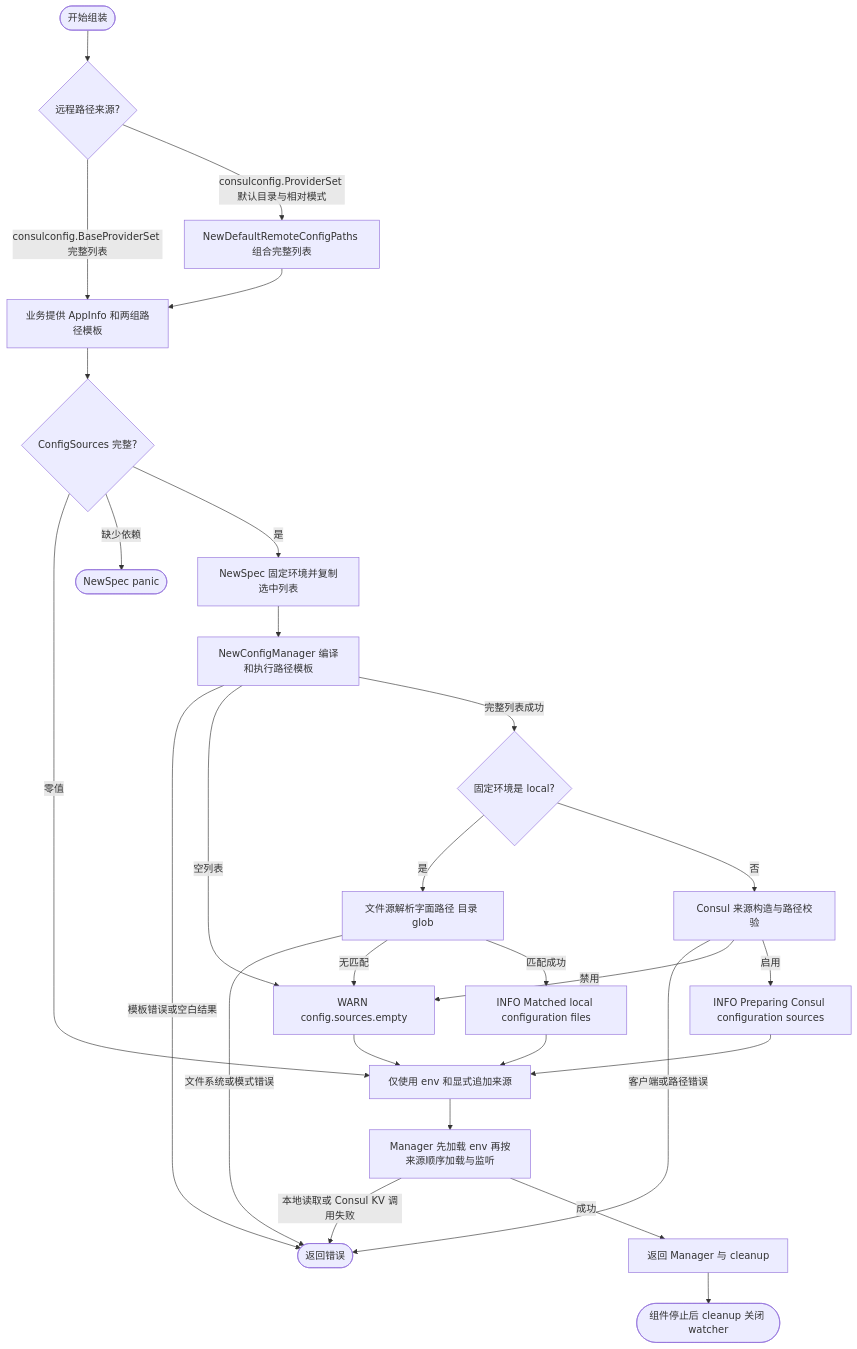
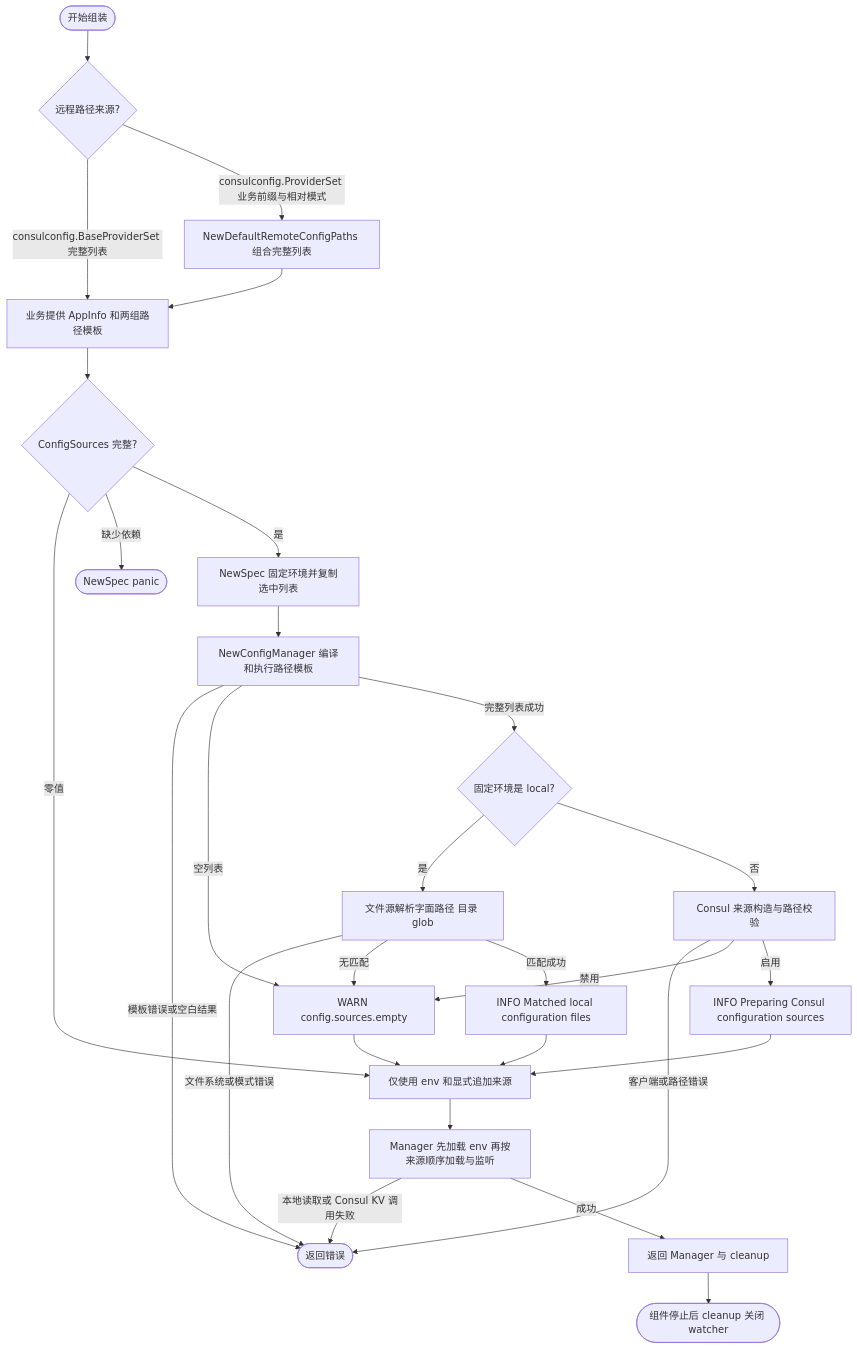
Before and after one commit to jaggerzhuang1994/kratos-foundation: the diagram in contrib/bootstrap/consulconfig/README.md, drawn with Mermaid. The commit also changed other lines of this file and 8 other files, not shown here.

Commit message:
refactor(consulconfig): require business config prefixes and paths

````diff
--- a/contrib/bootstrap/consulconfig/README.md
+++ b/contrib/bootstrap/consulconfig/README.md
@@ -118,28 +122,28 @@
 ```mermaid
 flowchart TD
     A([开始组装]) --> A1{远程路径来源?}
     A1 -- consulconfig.BaseProviderSet 完整列表 --> B[业务提供 AppInfo 和两组路径模板]
-    A1 -- consulconfig.ProviderSet 默认目录与相对模式 --> A2[NewDefaultRemoteConfigPaths 组合完整列表]
+    A1 -- consulconfig.ProviderSet 业务前缀与相对模式 --> A2[NewDefaultRemoteConfigPaths 组合完整列表]
     A2 --> B
     B --> C{ConfigSources 完整?}
     C -- 零值 --> E[仅使用 env 和显式追加来源]
     C -- 缺少依赖 --> P([NewSpec panic])
     C -- 是 --> D[NewSpec 固定环境并复制选中列表]
     D --> F[NewConfigManager 编译和执行路径模板]
     F -- 模板错误或空白结果 --> X([返回错误])
     F -- 空列表 --> W[WARN config.sources.empty]
     F -- 完整列表成功 --> G{固定环境是 local?}
     G -- 是 --> H[文件源解析字面路径 目录 glob]
     G -- 否 --> I[Consul 来源构造与路径校验]
     H -- 文件系统或模式错误 --> X
     H -- 无匹配 --> W
     H -- 匹配成功 --> HL[INFO Matched local configuration files]
     I -- 客户端或路径错误 --> X
     I -- 禁用 --> W
     I -- 启用 --> IL[INFO Preparing Consul configuration sources]
     HL & IL & W --> E
     E --> J[Manager 先加载 env 再按来源顺序加载与监听]
     J -- 本地读取或 Consul KV 调用失败 --> X
     J -- 成功 --> K[返回 Manager 与 cleanup]
     K --> L([组件停止后 cleanup 关闭 watcher])
 ```
````
